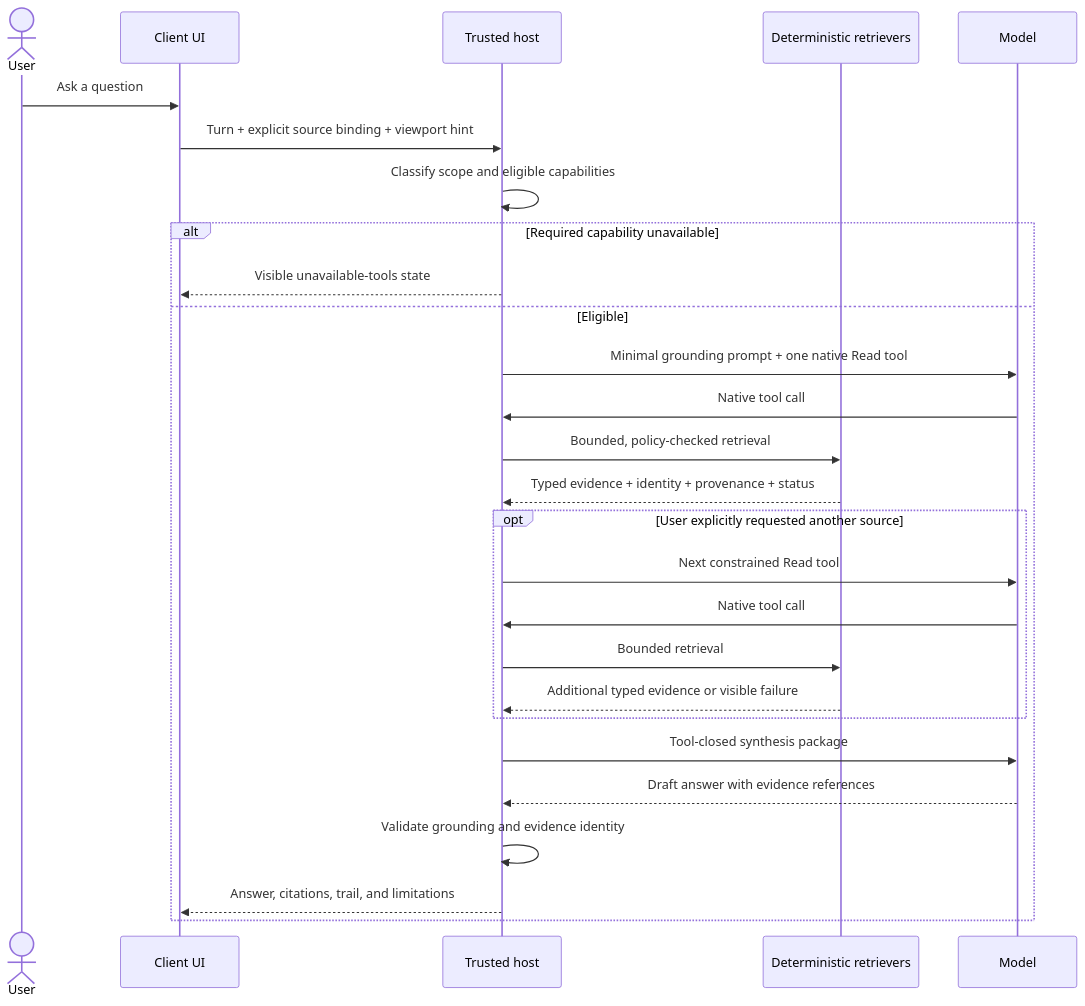
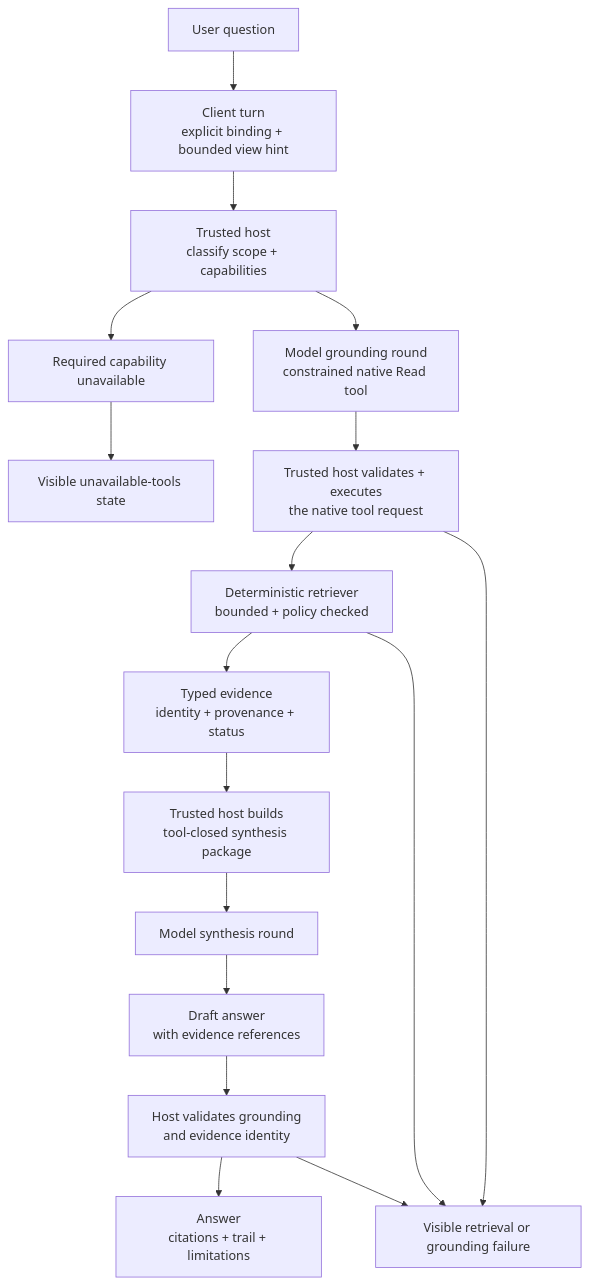
One commit to chriscase/ContextDesk changed the first of 2 diagrams in docs/design/proven-methods/DETERMINISTIC_CONTEXT_ASSEMBLY.md. Above: the diagram before and after it, drawn with Mermaid. The commit also changed other lines of this file and 4 other files, not shown here.

Commit message:
docs(handbook): add explanatory method diagrams (#685)

````diff
--- a/docs/design/proven-methods/DETERMINISTIC_CONTEXT_ASSEMBLY.md
+++ b/docs/design/proven-methods/DETERMINISTIC_CONTEXT_ASSEMBLY.md
@@ -67,30 +67,27 @@
 ```mermaid
-sequenceDiagram
-    actor U as User
-    participant UI as Client UI
-    participant H as Trusted host
-    participant R as Deterministic retrievers
-    participant M as Model
+flowchart TB
+%% title: Governed context assembly and visible failure paths
+    U["User question"]
+    UI["Client turn<br/>explicit binding + bounded view hint"]
+    H["Trusted host<br/>classify scope + capabilities"]
+    X["Required capability unavailable"]
+    XU["Visible unavailable-tools state"]
+    G["Model grounding round<br/>constrained native Read tool"]
+    T["Trusted host validates + executes<br/>the native tool request"]
+    R["Deterministic retriever<br/>bounded + policy checked"]
+    E["Typed evidence<br/>identity + provenance + status"]
+    S["Trusted host builds<br/>tool-closed synthesis package"]
+    Y["Model synthesis round"]
+    D["Draft answer<br/>with evidence references"]
+    V["Host validates grounding<br/>and evidence identity"]
+    A["Answer<br/>citations + trail + limitations"]
+    F["Visible retrieval or grounding failure"]
 
-    U->>UI: Ask a question
-    UI->>H: Turn + explicit source binding + viewport hint
-    H->>H: Classify scope and eligible capabilities
-    alt Required capability unavailable
-        H-->>UI: Visible unavailable-tools state
-    else Eligible
-        H->>M: Minimal grounding prompt + one native Read tool
-        M->>H: Native tool call
-        H->>R: Bounded, policy-checked retrieval
-        R-->>H: Typed evidence + identity + provenance + status
-        opt User explicitly requested another source
-            H->>M: Next constrained Read tool
-            M->>H: Native tool call
-            H->>R: Bounded retrieval
-            R-->>H: Additional typed evidence or visible failure
-        end
-        H->>M: Tool-closed synthesis package
-        M-->>H: Draft answer with evidence references
-        H->>H: Validate grounding and evidence identity
-        H-->>UI: Answer, citations, trail, and limitations
-    end
+    U --> UI --> H
+    H --> X --> XU
+    H --> G --> T --> R
+    R --> E --> S --> Y --> D --> V --> A
+    T --> F
+    R --> F
+    V --> F
 ```
````
